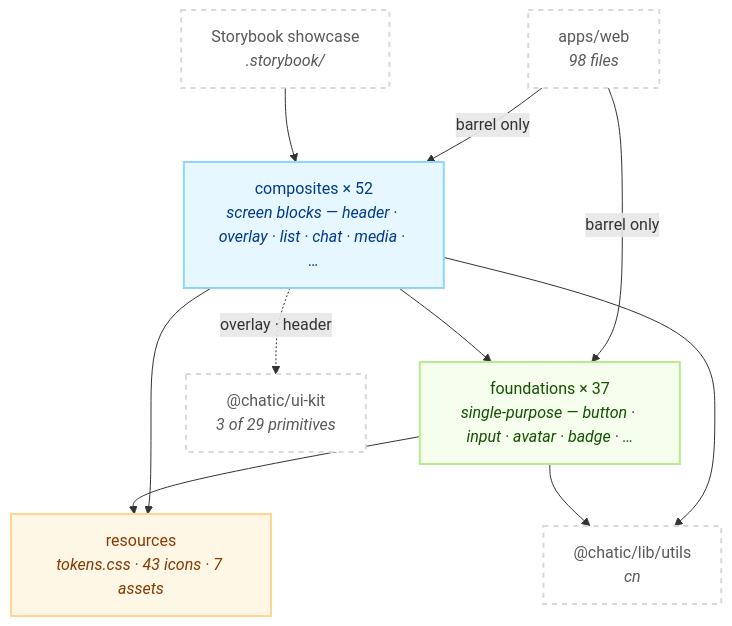
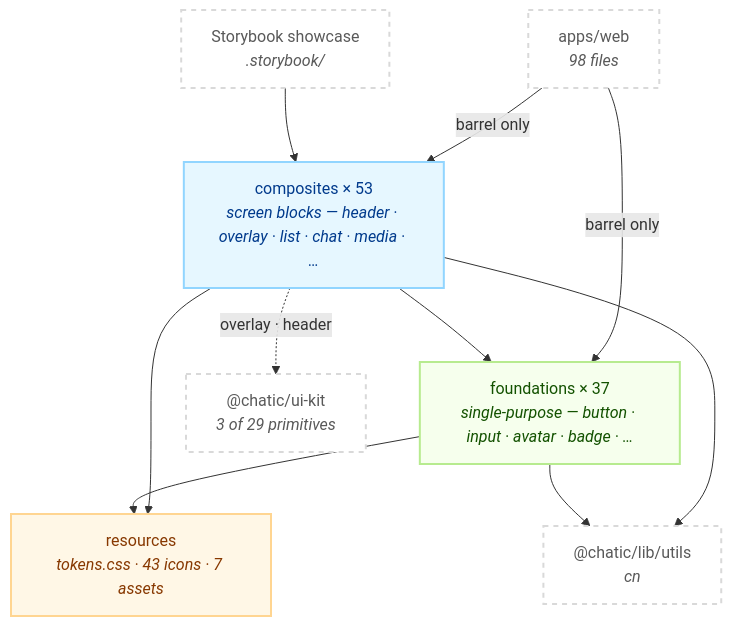
One commit to lemoncloud-io/dou-app changed the first of 2 diagrams in libs/web-ui-kit/README.md. Above: the diagram before and after it, drawn with Mermaid. The commit also changed other lines of this file and 16 other files, not shown here.

````diff
--- a/libs/web-ui-kit/README.md
+++ b/libs/web-ui-kit/README.md
@@ -102,27 +102,27 @@
 ```mermaid
 flowchart TD
     classDef comp fill:#e6f7ff,stroke:#91d5ff,stroke-width:2px,color:#003a8c;
     classDef found fill:#f6ffed,stroke:#b7eb8f,stroke-width:2px,color:#135200;
     classDef res fill:#fff7e6,stroke:#ffd591,stroke-width:2px,color:#873800;
     classDef ext fill:#ffffff,stroke:#d9d9d9,stroke-width:2px,color:#595959,stroke-dasharray: 5 5;
 
     App["apps/web<br/><i>98 files</i>"]:::ext
     SB["Storybook showcase<br/><i>.storybook/</i>"]:::ext
 
-    C["composites × 52<br/><i>screen blocks — header · overlay · list · chat · media · …</i>"]:::comp
+    C["composites × 53<br/><i>screen blocks — header · overlay · list · chat · media · …</i>"]:::comp
     F["foundations × 37<br/><i>single-purpose — button · input · avatar · badge · …</i>"]:::found
     R["resources<br/><i>tokens.css · 43 icons · 7 assets</i>"]:::res
 
     UK["@chatic/ui-kit<br/><i>3 of 29 primitives</i>"]:::ext
     CN["@chatic/lib/utils<br/><i>cn</i>"]:::ext
 
     App -->|"barrel only"| C
     App -->|"barrel only"| F
     SB --> C
     C --> F
     C --> R
     F --> R
     C -.->|"overlay · header"| UK
     C --> CN
     F --> CN
 ```
````
